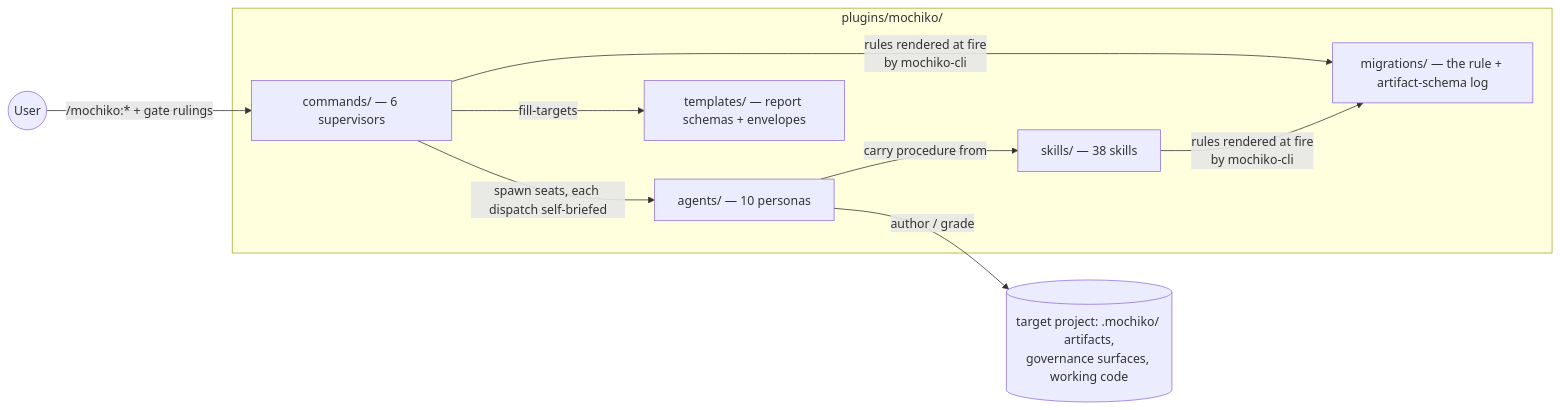
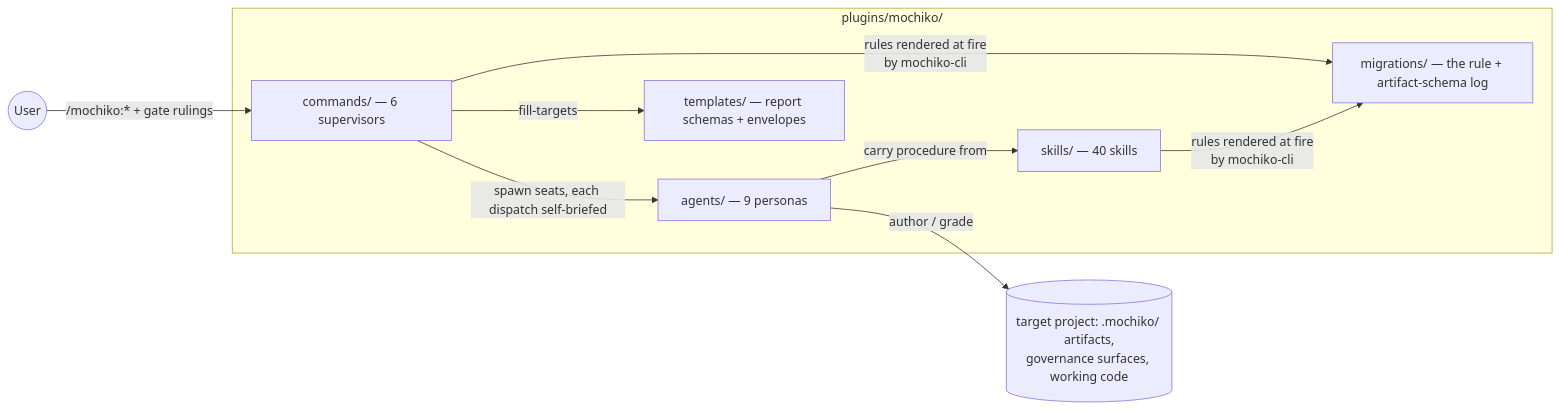
The first of 6 diagrams in ARCHITECTURE.md (humaninloop-dev/mochiko), drawn with Mermaid before and after one commit. The commit also changed other lines of this file and 41 other files, not shown here.

````diff
--- a/ARCHITECTURE.md
+++ b/ARCHITECTURE.md
@@ -20,18 +20,18 @@
 ```mermaid
 flowchart LR
   user(("User"))
   user -->|"/mochiko:* + gate rulings"| commands
   subgraph plugin ["plugins/mochiko/"]
     commands["commands/ — 6 supervisors"]
-    agents["agents/ — 10 personas"]
-    skills["skills/ — 38 skills"]
+    agents["agents/ — 9 personas"]
+    skills["skills/ — 40 skills"]
     templates["templates/ — report schemas + envelopes"]
     migrations["migrations/ — the rule + artifact-schema log"]
     commands -->|"spawn seats, each dispatch self-briefed"| agents
     agents -->|"carry procedure from"| skills
     commands -->|"fill-targets"| templates
     commands -->|"rules rendered at fire<br/>by mochiko-cli"| migrations
     skills -->|"rules rendered at fire<br/>by mochiko-cli"| migrations
   end
   agents -->|"author / grade"| target[("target project: .mochiko/ artifacts,<br/>governance surfaces, working code")]
 ```
````
